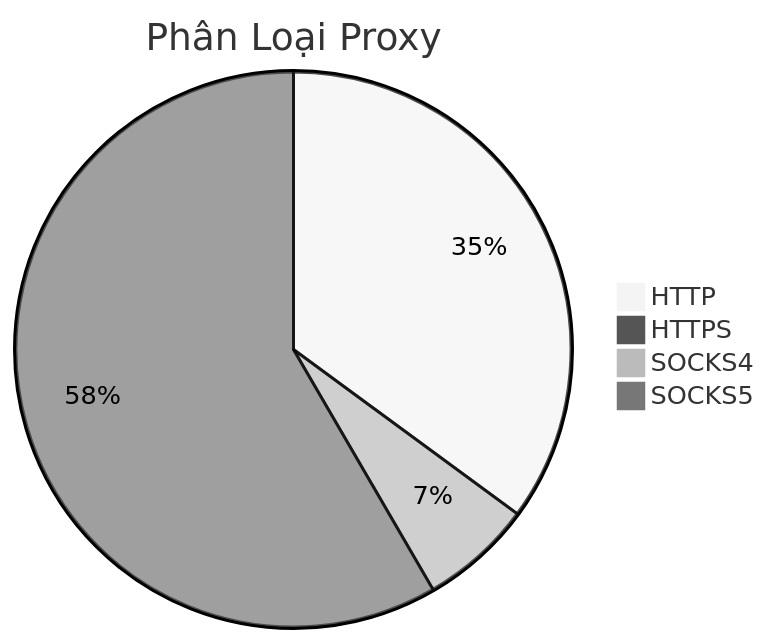
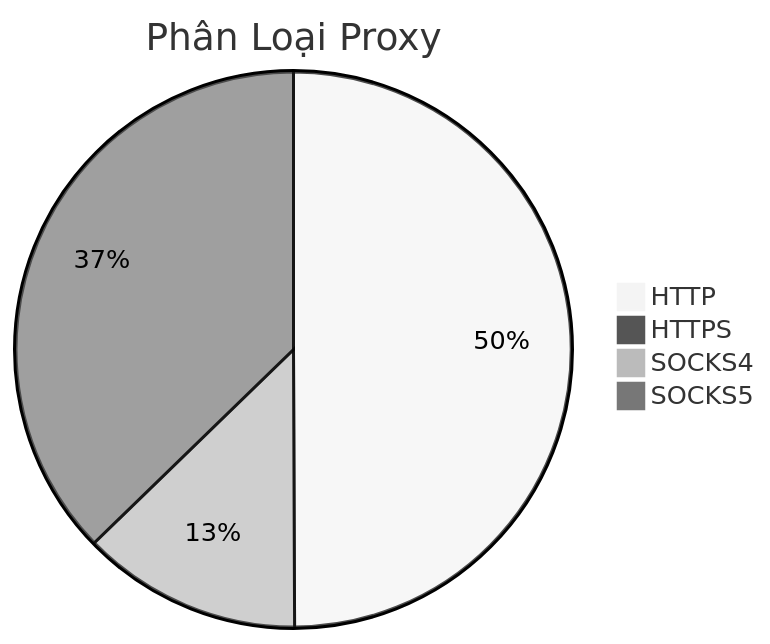
One commit to Ciara-Aa/PROXY-free changed the diagram in README.md. Above: the diagram before and after it, drawn with Mermaid (neutral theme). The commit also changed other lines of this file and 4 other files, not shown here.

````diff
--- a/README.md
+++ b/README.md
@@ -26,7 +26,7 @@
 ```mermaid
 pie title Phân Loại Proxy
-    "HTTP" : 295
+    "HTTP" : 394
     "HTTPS" : 3
-    "SOCKS4" : 55
-    "SOCKS5" : 491
+    "SOCKS4" : 101
+    "SOCKS5" : 294
 ```
````
